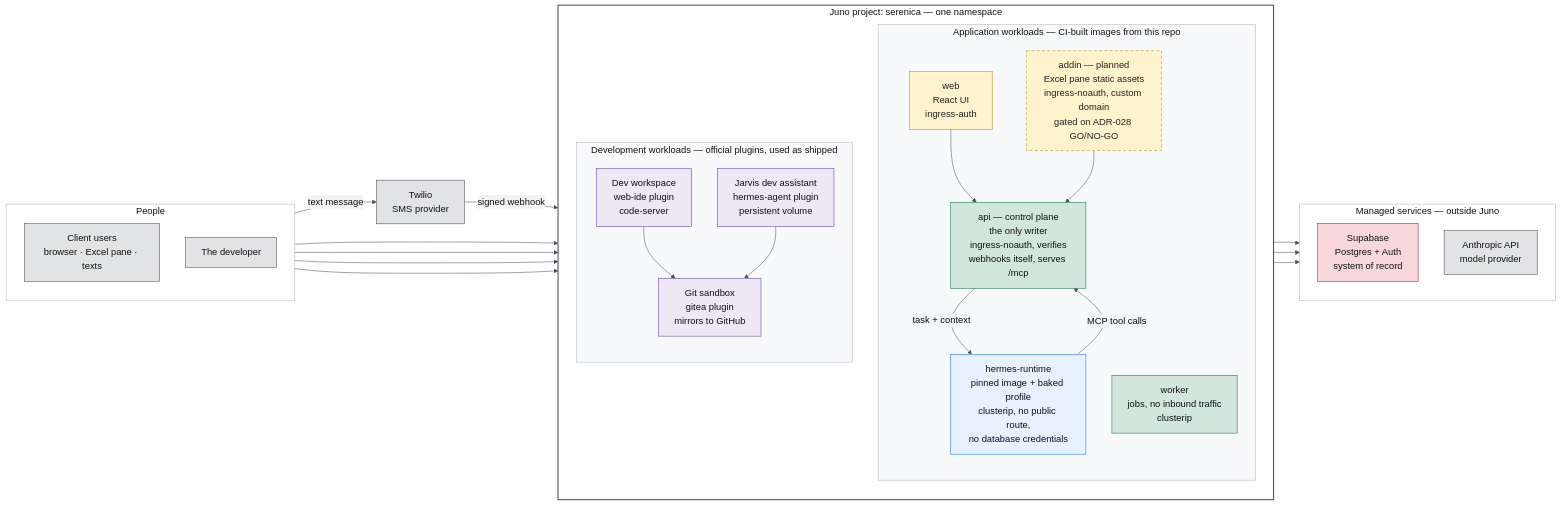
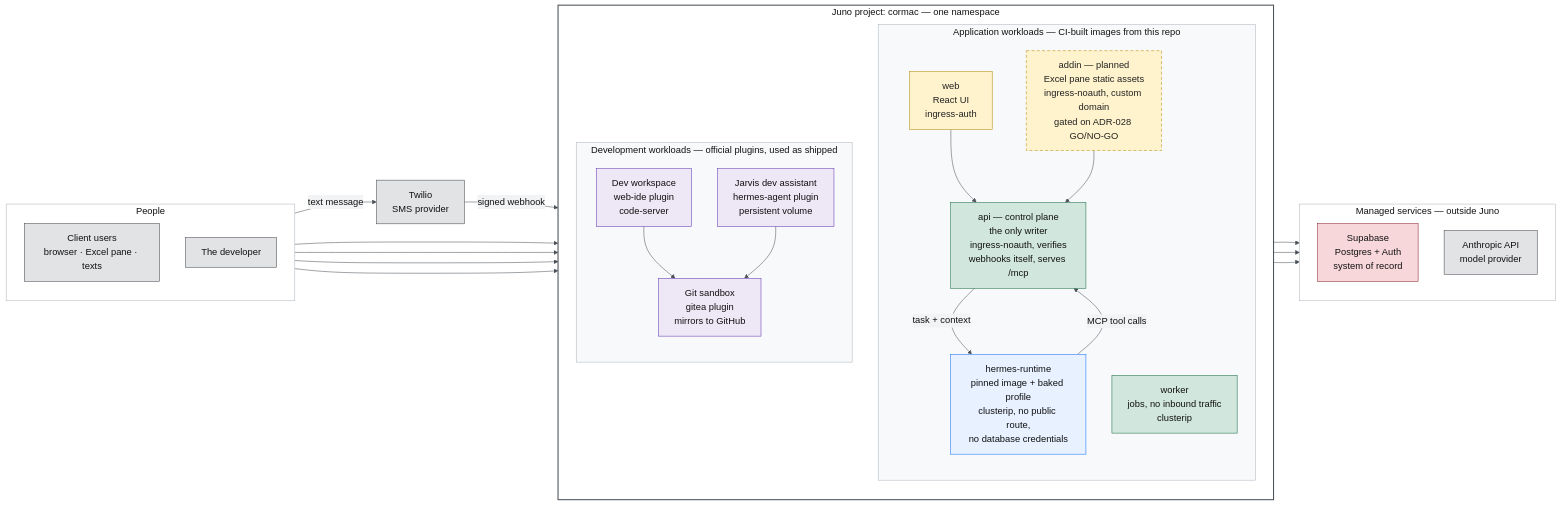
Before and after one commit to Serenica-Digital/Cormac: the diagram in docs/prd/juno-platform-pilot.md, drawn with Mermaid. The commit also changed other lines of this file and 5 other files, not shown here.

```diff
--- a/docs/prd/juno-platform-pilot.md
+++ b/docs/prd/juno-platform-pilot.md
@@ -87,7 +87,7 @@
 
   twilio["Twilio\nSMS provider"]
 
-  subgraph juno["Juno project: serenica — one namespace"]
+  subgraph juno["Juno project: cormac — one namespace"]
     direction TB
     subgraph appw["Application workloads — CI-built images from this repo"]
       direction TB
```
